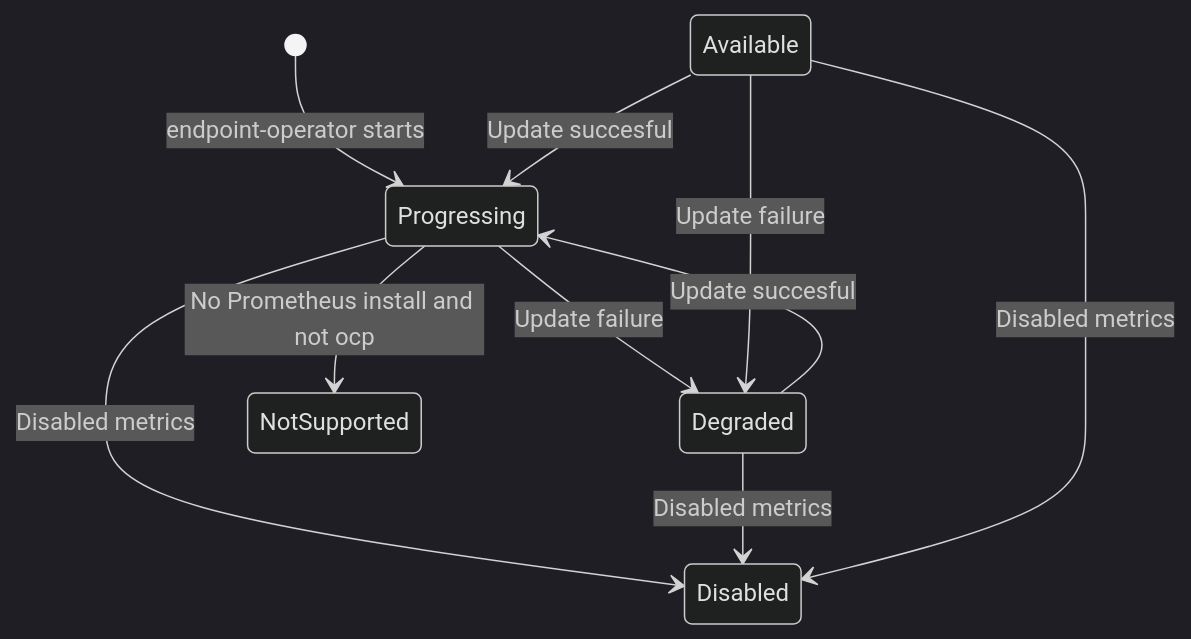
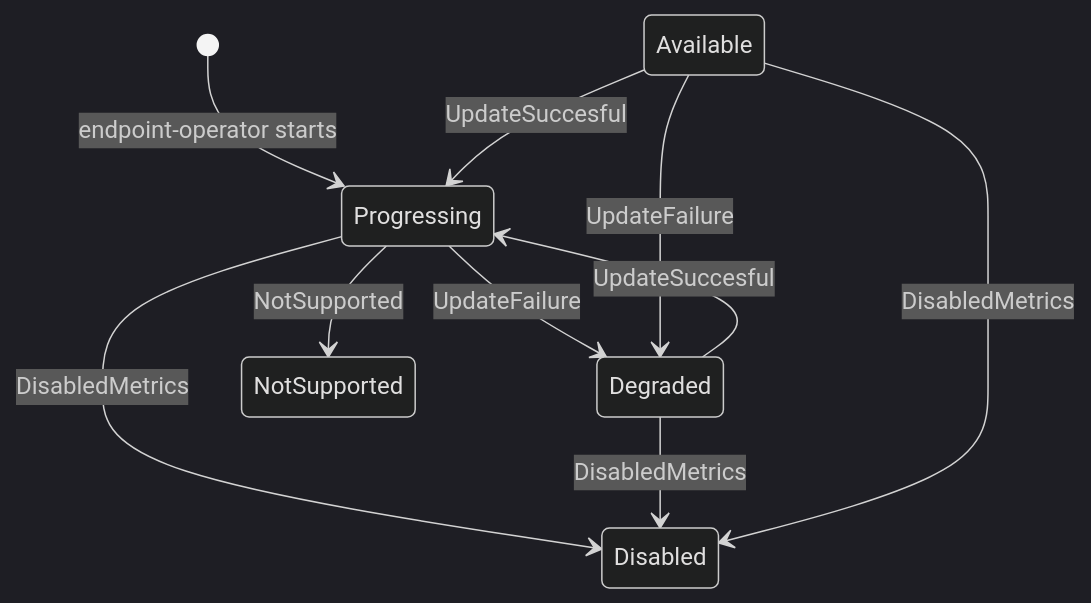
The third of 4 diagrams in operators/endpointmetrics/doc/design/addon-status.md (stolostron/multicluster-observability-operator), drawn with Mermaid (dark theme) before and after one commit. The commit also changed other lines of this file, not shown here.

````diff
--- a/operators/endpointmetrics/doc/design/addon-status.md
+++ b/operators/endpointmetrics/doc/design/addon-status.md
@@ -51,12 +144,12 @@
 ```mermaid
 stateDiagram-v2
     [*] --> Progressing: endpoint-operator starts
-    Progressing --> Degraded: Update failure
-    Progressing --> Disabled: Disabled metrics
-    Available --> Progressing: Update succesful
-    Degraded --> Disabled: Disabled metrics
-    Degraded --> Progressing: Update succesful
-    Progressing --> NotSupported: No Prometheus install and not ocp
-    Available --> Degraded: Update failure
-    Available --> Disabled: Disabled metrics
+    Progressing --> Degraded: UpdateFailure
+    Progressing --> Disabled: DisabledMetrics
+    Available --> Progressing: UpdateSuccesful
+    Degraded --> Disabled: DisabledMetrics
+    Degraded --> Progressing: UpdateSuccesful
+    Progressing --> NotSupported: NotSupported
+    Available --> Degraded: UpdateFailure
+    Available --> Disabled: DisabledMetrics
 ```
````
